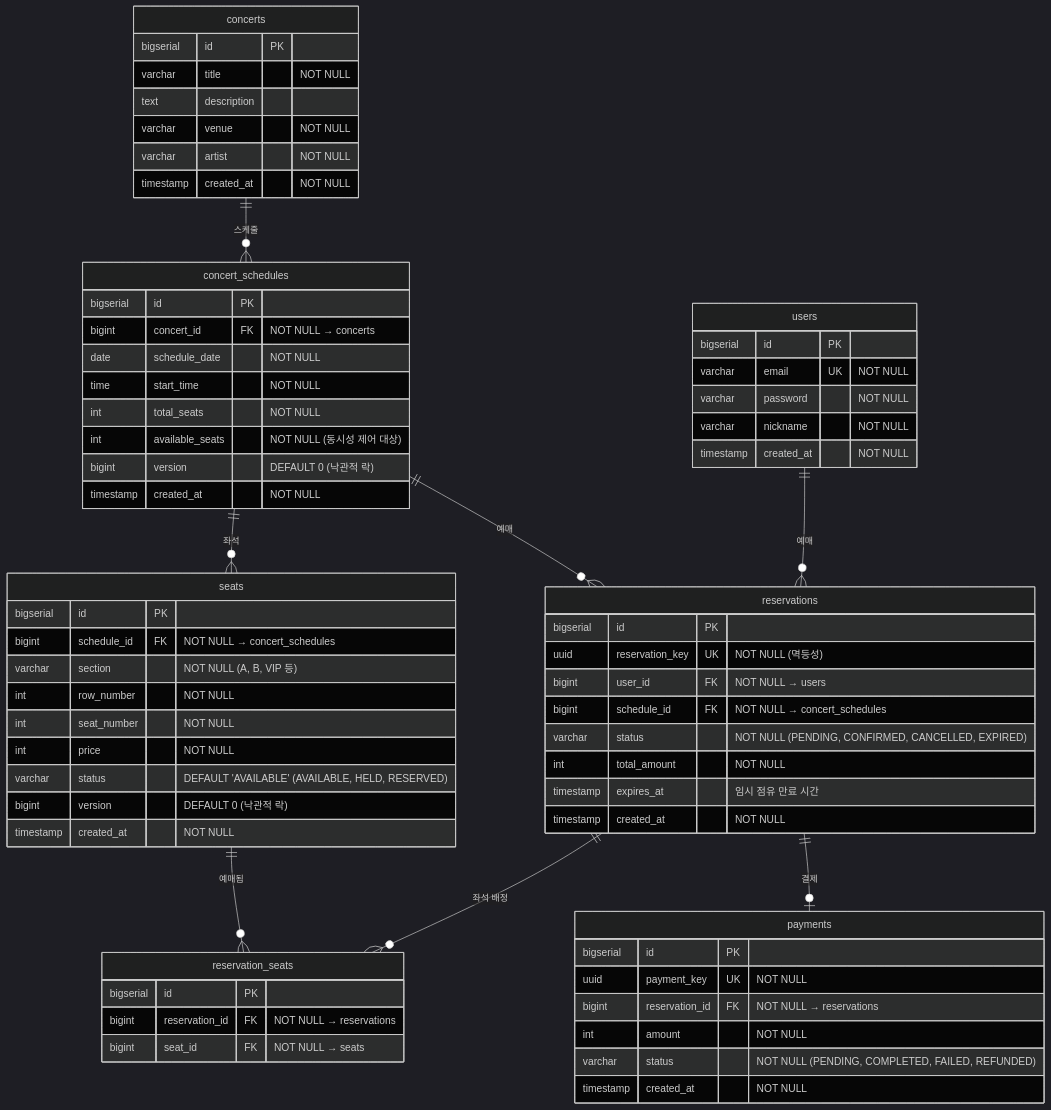
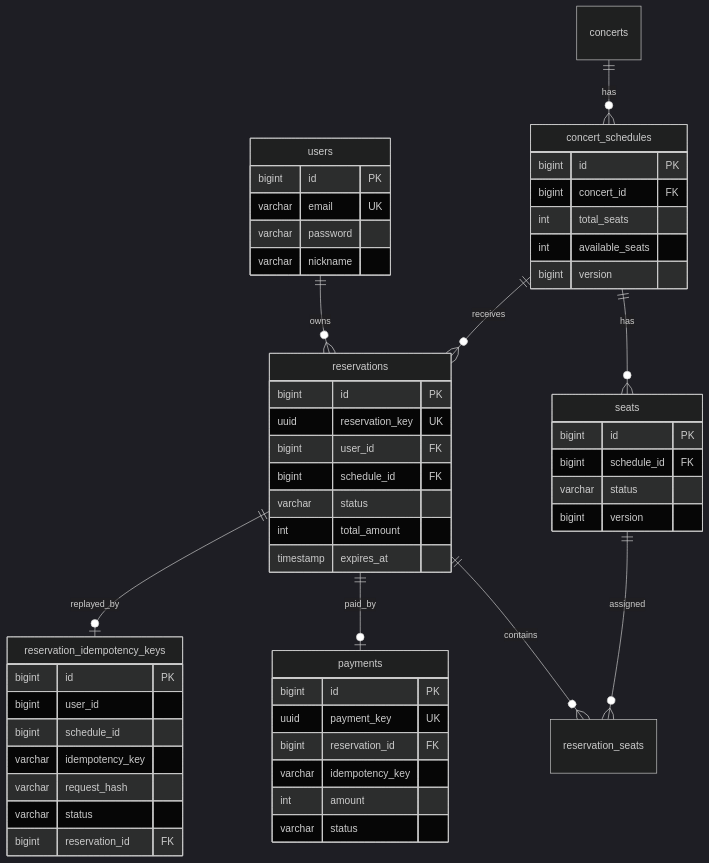
The second of 11 diagrams in docs/DESIGN.md (sjh9714/concert-booking), drawn with Mermaid (dark theme) before and after one commit. The commit also changed other lines of this file and 80 other files, not shown here.

````diff
--- a/docs/DESIGN.md
+++ b/docs/DESIGN.md
@@ -77,76 +27,62 @@
 ```mermaid
 erDiagram
-    users ||--o{ reservations : "예매"
-    concerts ||--o{ concert_schedules : "스케줄"
-    concert_schedules ||--o{ seats : "좌석"
-    concert_schedules ||--o{ reservations : "예매"
-    reservations ||--o{ reservation_seats : "좌석 배정"
-    seats ||--o{ reservation_seats : "예매됨"
-    reservations ||--o| payments : "결제"
+    users ||--o{ reservations : owns
+    concerts ||--o{ concert_schedules : has
+    concert_schedules ||--o{ seats : has
+    concert_schedules ||--o{ reservations : receives
+    reservations ||--o{ reservation_seats : contains
+    seats ||--o{ reservation_seats : assigned
+    reservations ||--o| payments : paid_by
+    reservations ||--o| reservation_idempotency_keys : replayed_by
 
     users {
-        bigserial id PK
-        varchar email UK "NOT NULL"
-        varchar password "NOT NULL"
-        varchar nickname "NOT NULL"
-        timestamp created_at "NOT NULL"
-    }
-
-    concerts {
-        bigserial id PK
-        varchar title "NOT NULL"
-        text description
-        varchar venue "NOT NULL"
-        varchar artist "NOT NULL"
-        timestamp created_at "NOT NULL"
+        bigint id PK
+        varchar email UK
+        varchar password
+        varchar nickname
     }
 
     concert_schedules {
-        bigserial id PK
-        bigint concert_id FK "NOT NULL → concerts"
-        date schedule_date "NOT NULL"
-        time start_time "NOT NULL"
-        int total_seats "NOT NULL"
-        int available_seats "NOT NULL (동시성 제어 대상)"
-        bigint version "DEFAULT 0 (낙관적 락)"
-        timestamp created_at "NOT NULL"
+        bigint id PK
+        bigint concert_id FK
+        int total_seats
+        int available_seats
+        bigint version
     }
 
     seats {
-        bigserial id PK
-        bigint schedule_id FK "NOT NULL → concert_schedules"
-        varchar section "NOT NULL (A, B, VIP 등)"
-        int row_number "NOT NULL"
-        int seat_number "NOT NULL"
-        int price "NOT NULL"
-        varchar status "DEFAULT 'AVAILABLE' (AVAILABLE, HELD, RESERVED)"
-        bigint version "DEFAULT 0 (낙관적 락)"
-        timestamp created_at "NOT NULL"
+        bigint id PK
+        bigint schedule_id FK
+        varchar status
+        bigint version
     }
 
     reservations {
-        bigserial id PK
-        uuid reservation_key UK "NOT NULL (멱등성)"
-        bigint user_id FK "NOT NULL → users"
-        bigint schedule_id FK "NOT NULL → concert_schedules"
-        varchar status "NOT NULL (PENDING, CONFIRMED, CANCELLED, EXPIRED)"
-        int total_amount "NOT NULL"
-        timestamp expires_at "임시 점유 만료 시간"
-        timestamp created_at "NOT NULL"
+        bigint id PK
+        uuid reservation_key UK
+        bigint user_id FK
+        bigint schedule_id FK
+        varchar status
+        int total_amount
+        timestamp expires_at
     }
 
-    reservation_seats {
-        bigserial id PK
-        bigint reservation_id FK "NOT NULL → reservations"
-        bigint seat_id FK "NOT NULL → seats"
+    reservation_idempotency_keys {
+        bigint id PK
+        bigint user_id
+        bigint schedule_id
+        varchar idempotency_key
+        varchar request_hash
+        varchar status
+        bigint reservation_id FK
     }
 
     payments {
-        bigserial id PK
-        uuid payment_key UK "NOT NULL"
-        bigint reservation_id FK "NOT NULL → reservations"
-        int amount "NOT NULL"
-        varchar status "NOT NULL (PENDING, COMPLETED, FAILED, REFUNDED)"
-        timestamp created_at "NOT NULL"
+        bigint id PK
+        uuid payment_key UK
+        bigint reservation_id FK
+        varchar idempotency_key
+        int amount
+        varchar status
     }
 ```
````
